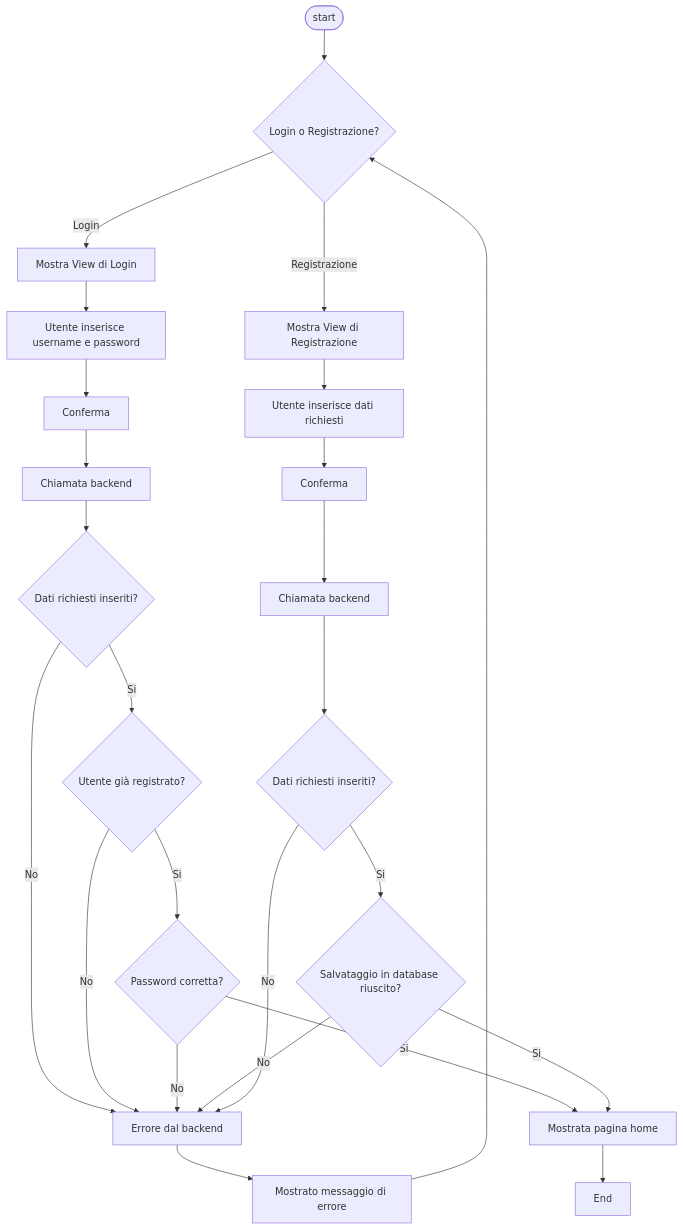
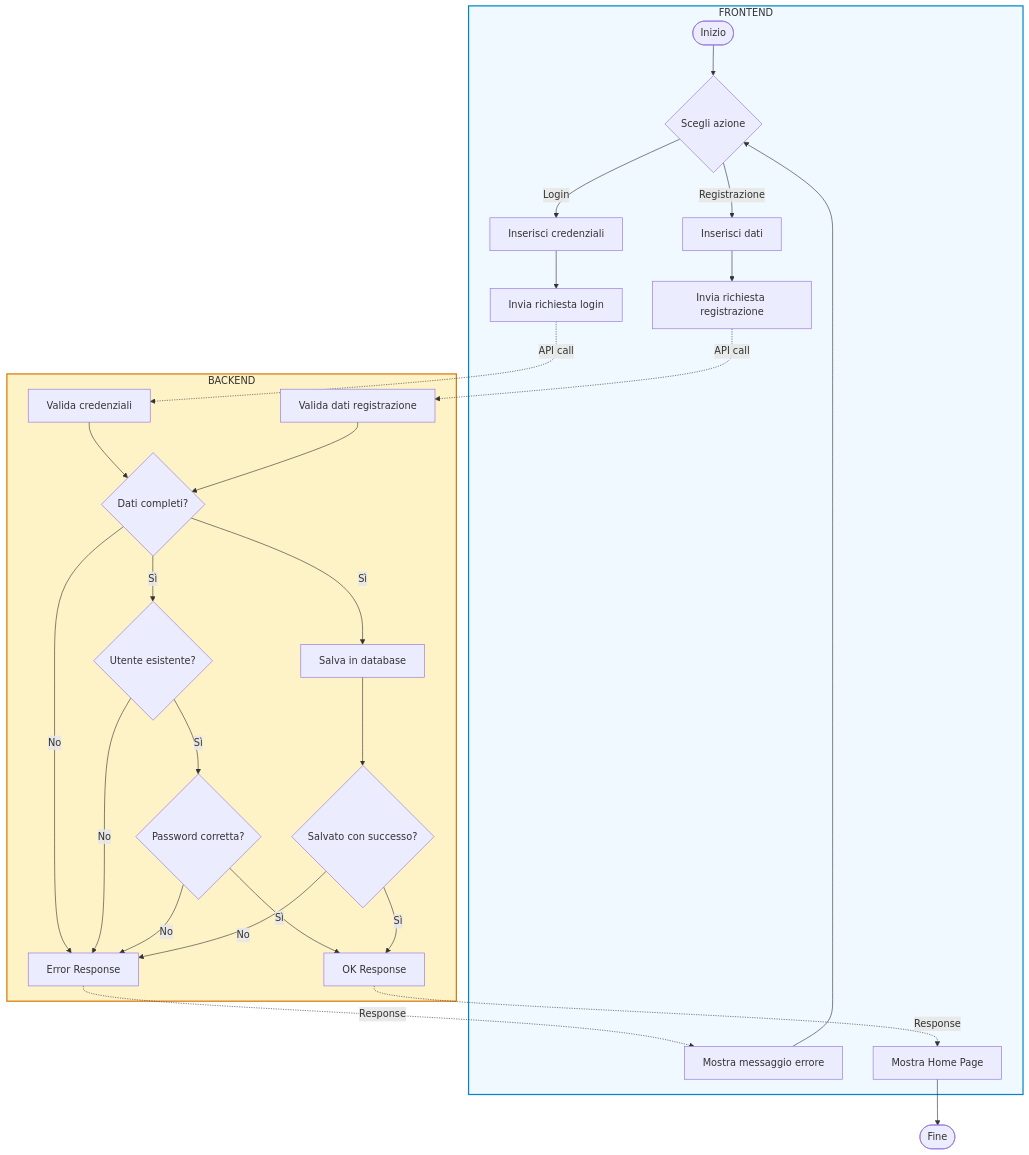
Before and after one commit to mb4dev/progetto-prova: the first of 3 diagrams in documentazione/diagrammi_attività/temp.md, drawn with Mermaid. The commit also changed other lines of this file and 2 other files, not shown here.

````diff
--- a/documentazione/diagrammi_attività/temp.md
+++ b/documentazione/diagrammi_attività/temp.md
@@ -1,35 +1,59 @@
-```mermaid
+``` mermaid 
+
 flowchart TD
-    Start([start]) --> first_question{Login o Registrazione?}
-
-        first_question --> |Login| login_start[Mostra View di Login]
-
-            login_start --> login_insert[Utente inserisce username e password]
-            login_insert --> confirm[Conferma]
-            confirm --> chiamata[Chiamata backend]
-            chiamata --> body_verify{Dati richiesti inseriti?}
-            
-            body_verify --> |No| backend_error[Errore dal backend]
-            
-             body_verify --> |Si| user_in_db{Utente già registrato? }
-                user_in_db --> |No| backend_error
-                 user_in_db --> |Si| password_verify{Password corretta?}
-                    password_verify --> |Si| show_home[Mostrata pagina home]
-                    password_verify --> |No| backend_error
-
-    first_question --> |Registrazione| register_start[Mostra View di Registrazione]
-        register_start --> insert_register[Utente inserisce dati richiesti]
-        insert_register --> register_confirm[Conferma]
-        register_confirm --> register_backend[Chiamata backend]
-        register_backend --> register_verify{Dati richiesti inseriti?}
-        register_verify --> |Si| db_save{Salvataggio in database riuscito?}
-            db_save --> |Si| show_home
-            db_save --> |No| backend_error
-
-        register_verify --> |No| backend_error
-
-
-    backend_error --> error_message[Mostrato messaggio di errore]
-    error_message --> first_question
-    show_home --> End
+    Start([Inizio])
+    
+    subgraph Frontend["FRONTEND"]
+        Start --> Choice{Scegli azione}
+        Choice -->|Login| LoginForm[Inserisci credenziali]
+        Choice -->|Registrazione| RegisterForm[Inserisci dati]
+        
+        LoginForm --> SendLogin[Invia richiesta login]
+        RegisterForm --> SendRegister[Invia richiesta registrazione]
+        
+        ShowError[Mostra messaggio errore]
+        ShowHome[Mostra Home Page]
+        
+        ShowError --> Choice
+    end
+    
+    subgraph Backend["BACKEND"]
+        ValidateLogin[Valida credenziali]
+        ValidateRegister[Valida dati registrazione]
+        
+        CheckComplete{Dati completi?}
+        CheckUser{Utente esistente?}
+        CheckPwd{Password corretta?}
+        
+        SaveDB[Salva in database]
+        CheckSave{Salvato con successo?}
+        
+        ErrorResponse[Error Response]
+        OkResponse[OK Response]
+    end
+    
+    SendLogin -.->|API call| ValidateLogin
+    ValidateLogin --> CheckComplete
+    CheckComplete -->|No| ErrorResponse
+    CheckComplete -->|Sì| CheckUser
+    CheckUser -->|No| ErrorResponse
+    CheckUser -->|Sì| CheckPwd
+    CheckPwd -->|No| ErrorResponse
+    CheckPwd -->|Sì| OkResponse
+    
+    SendRegister -.->|API call| ValidateRegister
+    ValidateRegister --> CheckComplete
+    CheckComplete -->|Sì| SaveDB
+    SaveDB --> CheckSave
+    CheckSave -->|No| ErrorResponse
+    CheckSave -->|Sì| OkResponse
+    
+    ErrorResponse -.->|Response| ShowError
+    OkResponse -.->|Response| ShowHome
+    
+    ShowHome --> End([Fine])
+    
+  
+    style Frontend fill:#f0f9ff,stroke:#0284c7,stroke-width:2px
+    style Backend fill:#fef3c7,stroke:#d97706,stroke-width:2px
 ```
````
